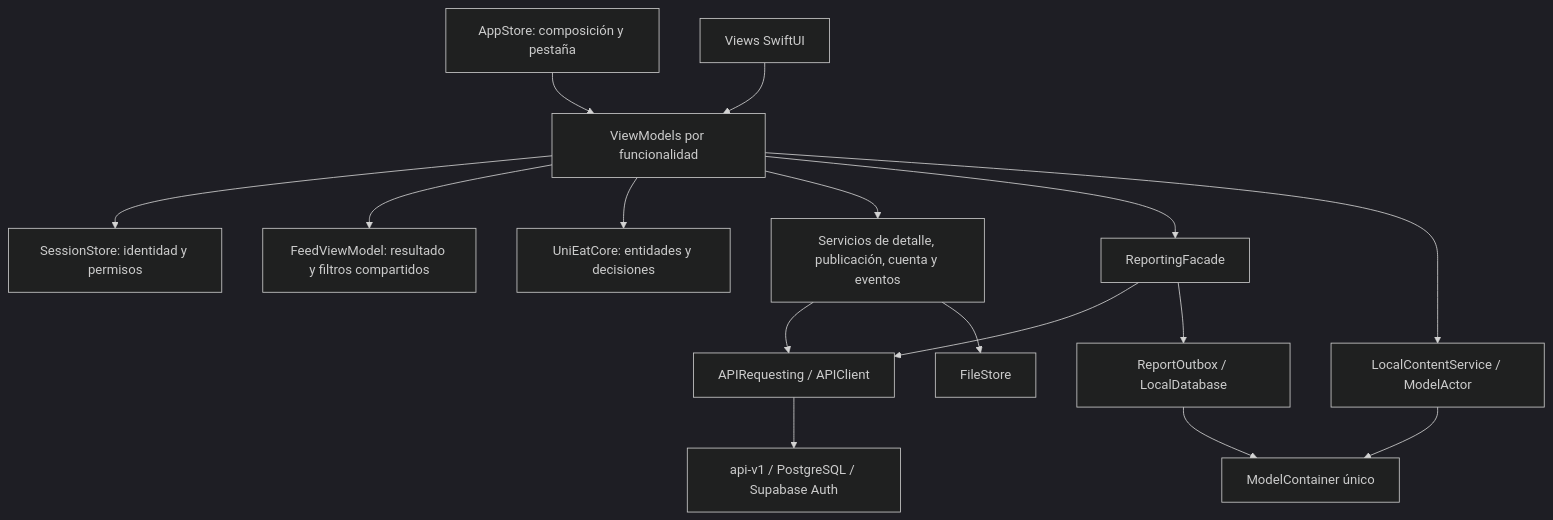
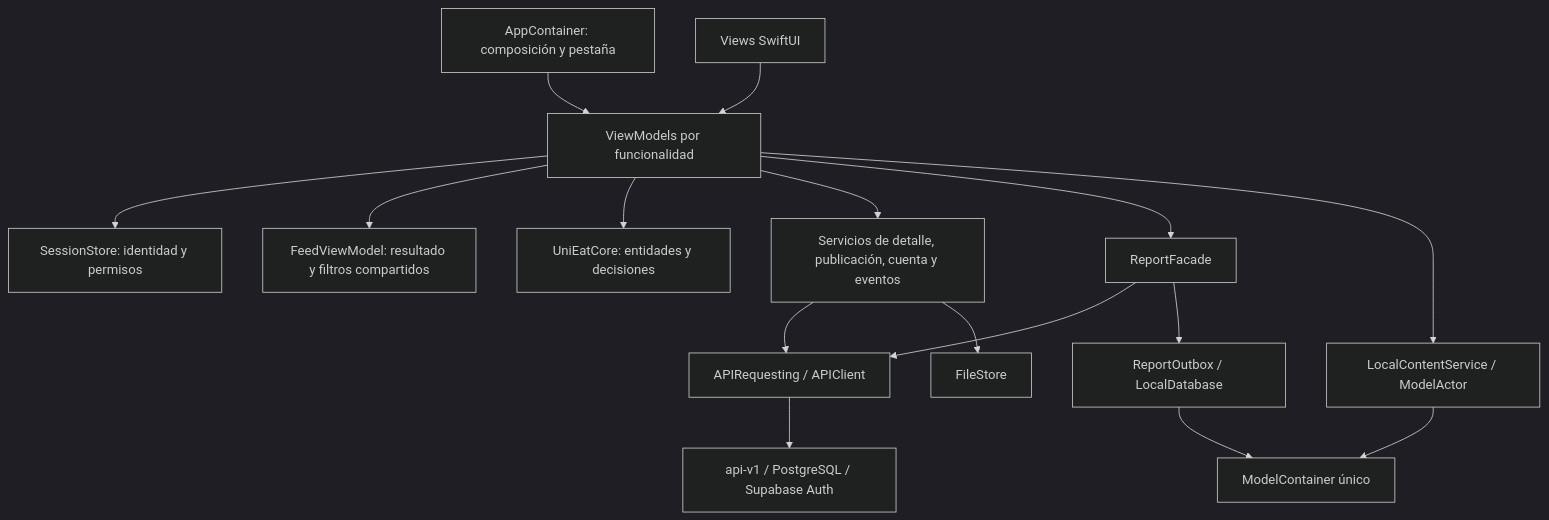
The diagram in docs/architecture.md (k-alvarezr/UniEat---iOS), drawn with Mermaid (dark theme) before and after one commit. The commit also changed other lines of this file and 57 other files, not shown here.

````diff
--- a/docs/architecture.md
+++ b/docs/architecture.md
@@ -10,18 +10,18 @@
 ```mermaid
 flowchart TD
-    Root[AppStore: composición y pestaña] --> VM[ViewModels por funcionalidad]
+    Root[AppContainer: composición y pestaña] --> VM[ViewModels por funcionalidad]
     V[Views SwiftUI] --> VM
     VM --> Session[SessionStore: identidad y permisos]
     VM --> Feed[FeedViewModel: resultado y filtros compartidos]
     VM --> Domain[UniEatCore: entidades y decisiones]
     VM --> Services[Servicios de detalle, publicación, cuenta y eventos]
-    VM --> Facade[ReportingFacade]
+    VM --> Facade[ReportFacade]
     Services --> API[APIRequesting / APIClient]
     Services --> Files[FileStore]
     VM --> Content[LocalContentService / ModelActor]
     Content --> SwiftData
     Facade --> API
     Facade --> DB[ReportOutbox / LocalDatabase]
     DB --> SwiftData[ModelContainer único]
     API --> Back[api-v1 / PostgreSQL / Supabase Auth]
 ```
````
